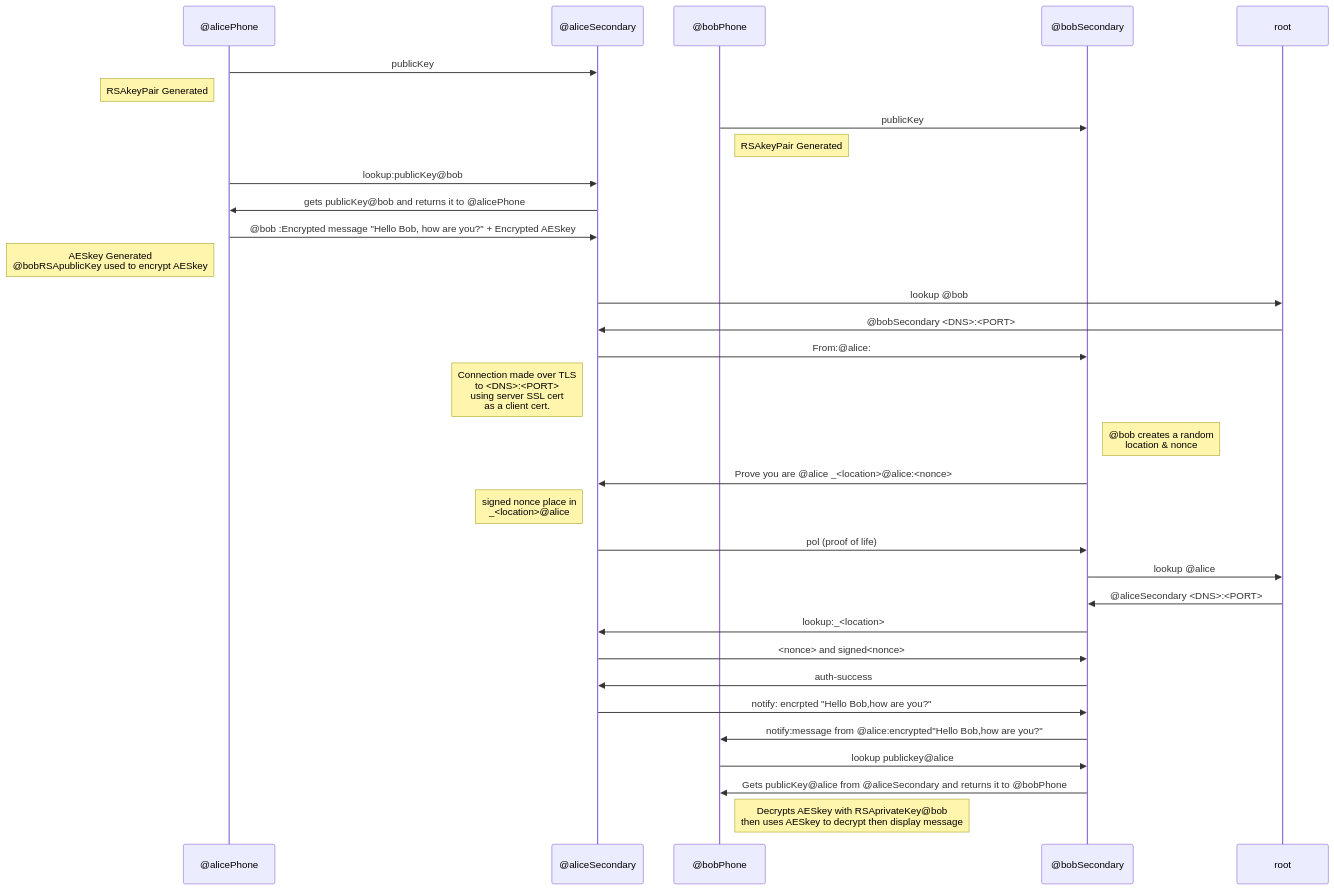
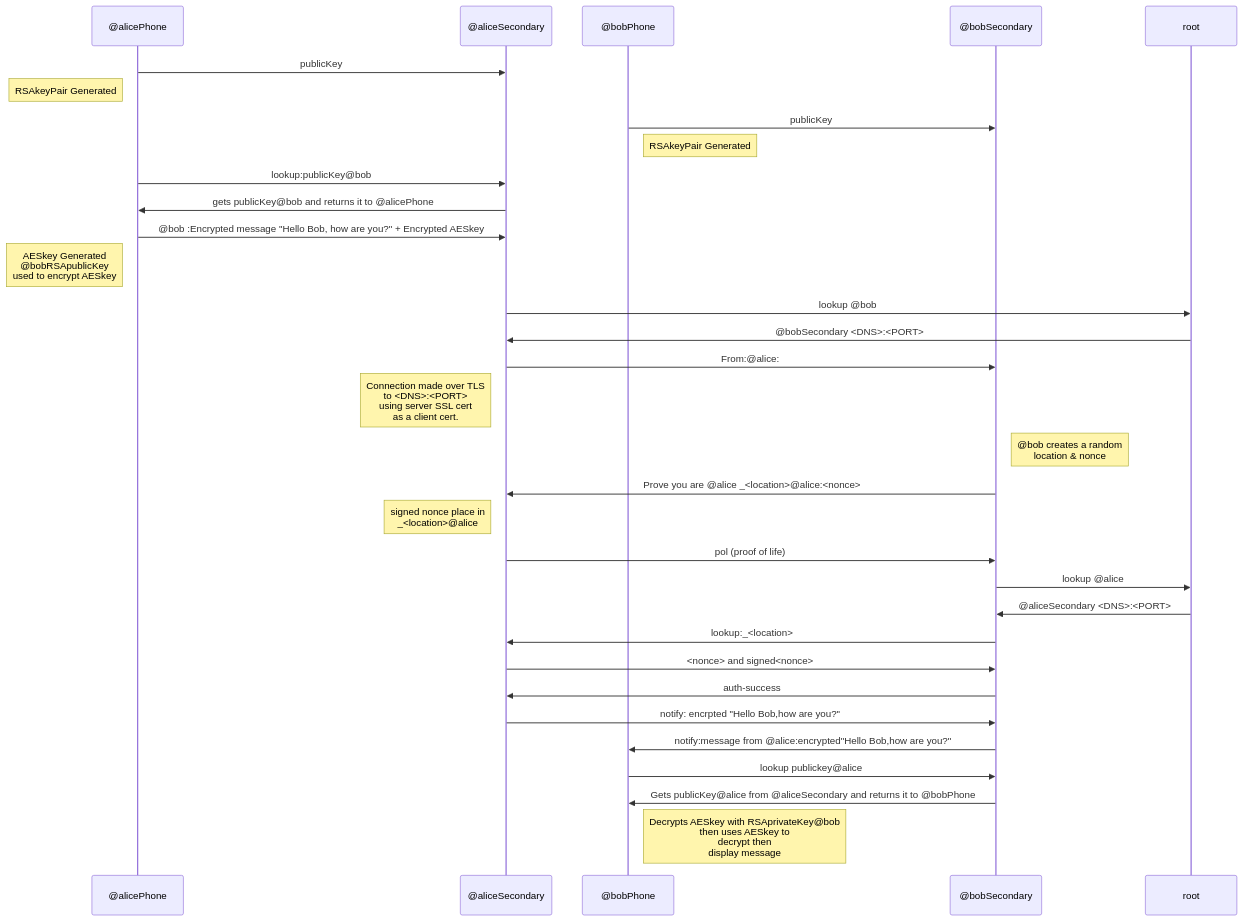
One commit to cpswan/cconstab changed the diagram in README.md. Above: the diagram before and after it, drawn with Mermaid.

````diff
--- a/README.md
+++ b/README.md
@@ -13,29 +13,29 @@
 ```mermaid
 sequenceDiagram
 @alicePhone ->> @aliceSecondary: publicKey
 Note left of @alicePhone: RSAkeyPair Generated
 @bobPhone ->> @bobSecondary: publicKey
 Note right of @bobPhone: RSAkeyPair Generated
 @alicePhone ->> @aliceSecondary: lookup:publicKey@bob
 @aliceSecondary ->> @alicePhone: gets publicKey@bob and returns it to @alicePhone
 @alicePhone ->> @aliceSecondary: @bob :Encrypted message "Hello Bob, how are you?" + Encrypted AESkey;
-Note left of @alicePhone: AESkey Generated <br/> @bobRSApublicKey used to encrypt AESkey
+Note left of @alicePhone: AESkey Generated <br/> @bobRSApublicKey<br/>used to encrypt AESkey
 @aliceSecondary ->> root: lookup @bob
 root ->> @aliceSecondary: @bobSecondary <DNS>:<PORT>
 @aliceSecondary ->> @bobSecondary : From:@alice:
 Note left of @aliceSecondary: Connection made over TLS<br/>to <DNS>:<PORT><br/>using server SSL cert<br/>as a client cert.
 Note right of @bobSecondary: @bob creates a random<br/> location & nonce
 @bobSecondary ->> @aliceSecondary: Prove you are @alice _<location>@alice:<nonce>
 Note left of @aliceSecondary: signed nonce place in <br/>_<location>@alice
 @aliceSecondary ->> @bobSecondary: pol (proof of life)
 @bobSecondary ->> root: lookup @alice
 root ->> @bobSecondary : @aliceSecondary <DNS>:<PORT>
 @bobSecondary ->> @aliceSecondary: lookup:_<location>
 @aliceSecondary ->> @bobSecondary: <nonce> and signed<nonce>
 @bobSecondary ->> @aliceSecondary: auth-success
 @aliceSecondary ->> @bobSecondary: notify: encrpted "Hello Bob,how are you?"
 @bobSecondary ->> @bobPhone: notify:message from @alice:encrypted"Hello Bob,how are you?"
 @bobPhone ->> @bobSecondary : lookup publickey@alice
 @bobSecondary ->> @bobPhone: Gets publicKey@alice from @aliceSecondary and returns it to @bobPhone
-Note right of @bobPhone: Decrypts AESkey with RSAprivateKey@bob<br/> then uses AESkey to decrypt then display message 
+Note right of @bobPhone: Decrypts AESkey with RSAprivateKey@bob<br/> then uses AESkey to <br/>decrypt then <br/>display message 
 ```
````
